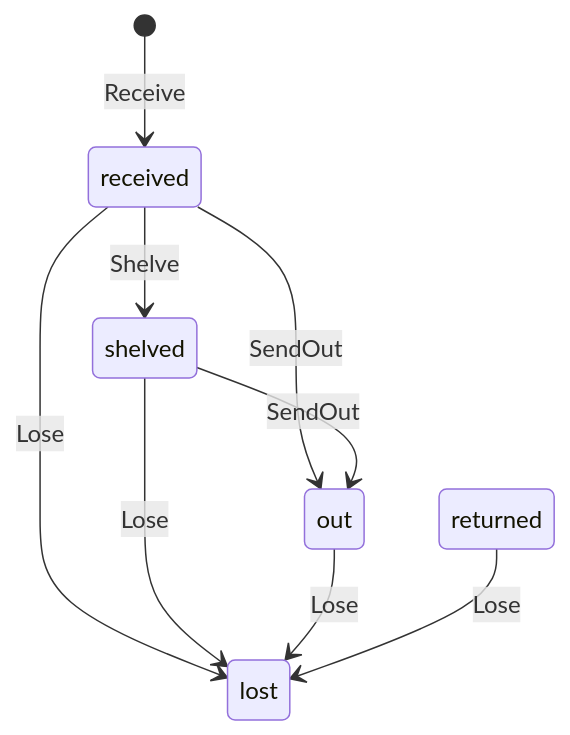
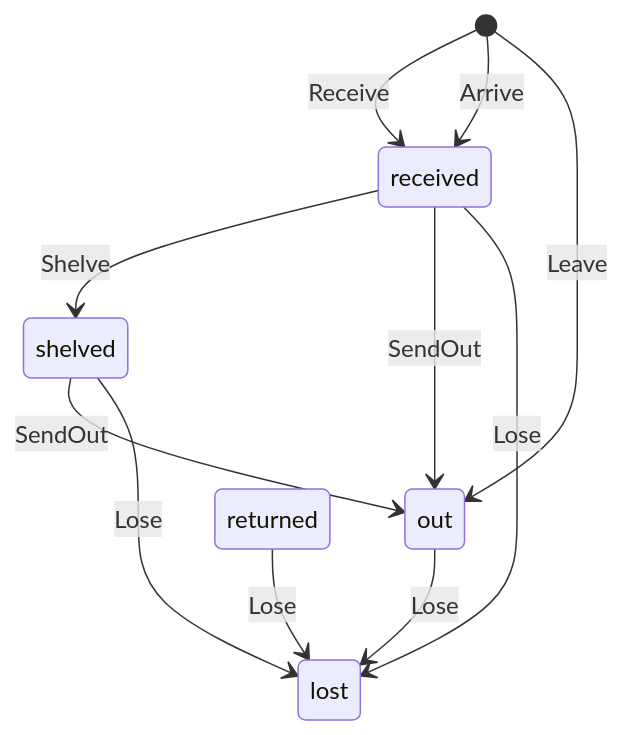
One commit to nicklanng/dynago changed the third of 8 diagrams in internal/e2e/fixture/fixture.model.md. Above: the diagram before and after it, drawn with Mermaid. The commit also changed other lines of this file and 21 other files, not shown here.

````diff
--- a/internal/e2e/fixture/fixture.model.md
+++ b/internal/e2e/fixture/fixture.model.md
@@ -79,16 +82,18 @@
 ```mermaid
 stateDiagram-v2
   state "received" as s0
   state "shelved" as s1
   state "out" as s2
   state "returned" as s3
   state "lost" as s4
   [*] --> s0: Receive
+  [*] --> s0: Arrive
+  [*] --> s2: Leave
   s0 --> s1: Shelve
   s0 --> s2: SendOut
   s1 --> s2: SendOut
   s0 --> s4: Lose
   s1 --> s4: Lose
   s2 --> s4: Lose
   s3 --> s4: Lose
 ```
````
